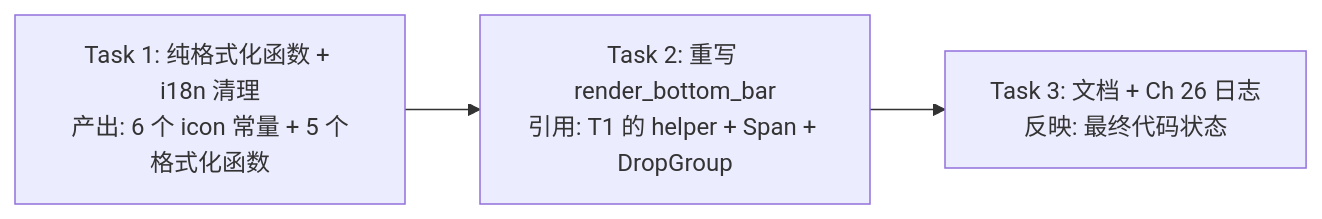
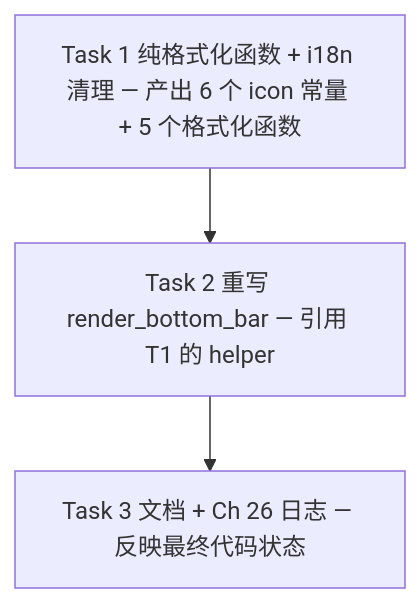
One commit to rust-infra/tact changed the second of 4 diagrams in book/12_chapter_subagent_zh.md. Above: the diagram before and after it, drawn with Mermaid. The commit also changed other lines of this file and 303 other files, not shown here.

````diff
--- a/book/12_chapter_subagent_zh.md
+++ b/book/12_chapter_subagent_zh.md
@@ -284,6 +282,5 @@
 ```mermaid
-flowchart LR
-    T1["Task 1: 纯格式化函数 + i18n 清理<br/>产出: 6 个 icon 常量 + 5 个格式化函数"] --> T2
-    T2["Task 2: 重写 render_bottom_bar<br/>引用: T1 的 helper + Span + DropGroup"] --> T3
-    T3["Task 3: 文档 + Ch 26 日志<br/>反映: 最终代码状态"]
+graph TD
+    a_t1[Task 1 纯格式化函数 + i18n 清理 — 产出 6 个 icon 常量 + 5 个格式化函数] --> b_t2[Task 2 重写 render_bottom_bar — 引用 T1 的 helper]
+    b_t2 --> c_t3[Task 3 文档 + Ch 26 日志 — 反映最终代码状态]
 ```
````
